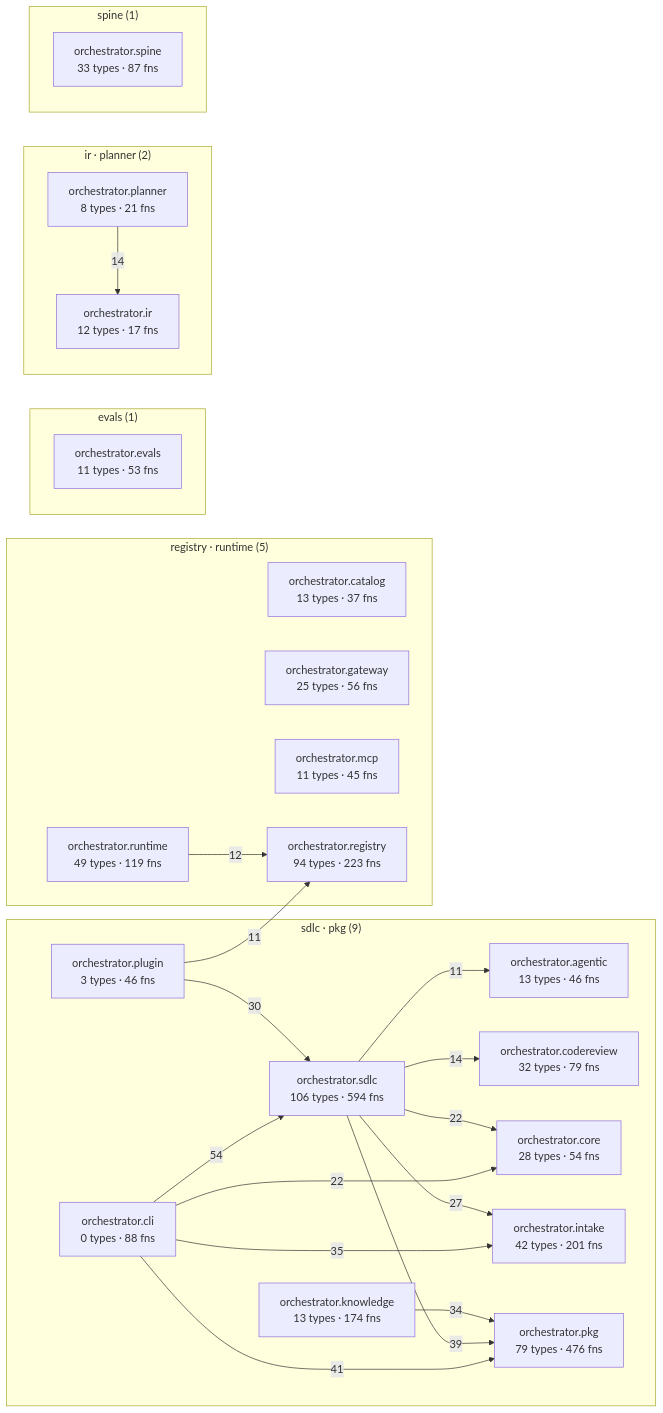
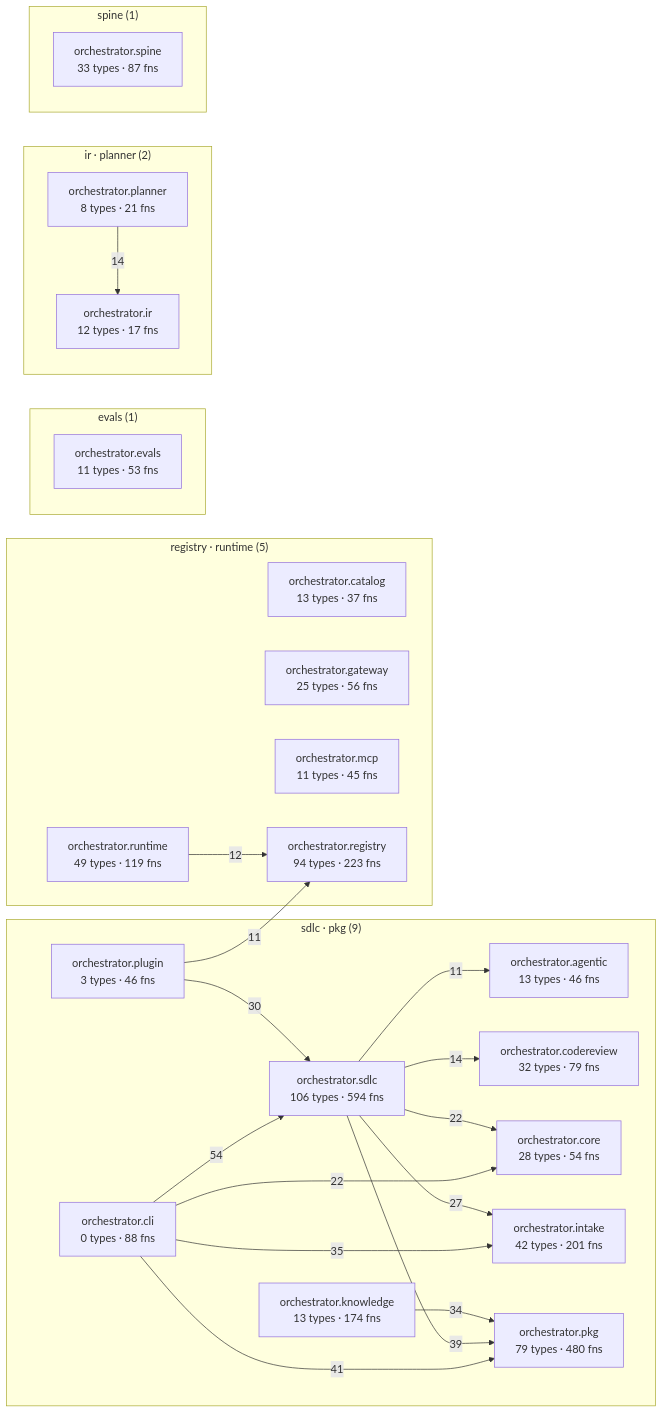
Before and after one commit to synaptixs/spine: the diagram in episteme/architecture.md, drawn with Mermaid. The commit also changed other lines of this file and 7 other files, not shown here.

````diff
--- a/episteme/architecture.md
+++ b/episteme/architecture.md
@@ -54,45 +54,45 @@
 ```mermaid
 flowchart LR
   subgraph c_1["sdlc · pkg (9)"]
     aorchestratoragentic["orchestrator.agentic<br/>13 types · 46 fns"]
     aorchestratorcli["orchestrator.cli<br/>0 types · 88 fns"]
     aorchestratorcodereview["orchestrator.codereview<br/>32 types · 79 fns"]
     aorchestratorcore["orchestrator.core<br/>28 types · 54 fns"]
     aorchestratorintake["orchestrator.intake<br/>42 types · 201 fns"]
     aorchestratorknowledge["orchestrator.knowledge<br/>13 types · 174 fns"]
-    aorchestratorpkg["orchestrator.pkg<br/>79 types · 476 fns"]
+    aorchestratorpkg["orchestrator.pkg<br/>79 types · 480 fns"]
     aorchestratorplugin["orchestrator.plugin<br/>3 types · 46 fns"]
     aorchestratorsdlc["orchestrator.sdlc<br/>106 types · 594 fns"]
   end
   subgraph c_3["registry · runtime (5)"]
     aorchestratorcatalog["orchestrator.catalog<br/>13 types · 37 fns"]
     aorchestratorgateway["orchestrator.gateway<br/>25 types · 56 fns"]
     aorchestratormcp["orchestrator.mcp<br/>11 types · 45 fns"]
     aorchestratorregistry["orchestrator.registry<br/>94 types · 223 fns"]
     aorchestratorruntime["orchestrator.runtime<br/>49 types · 119 fns"]
   end
   subgraph c_5["evals (1)"]
     aorchestratorevals["orchestrator.evals<br/>11 types · 53 fns"]
   end
   subgraph c_7["ir · planner (2)"]
     aorchestratorir["orchestrator.ir<br/>12 types · 17 fns"]
     aorchestratorplanner["orchestrator.planner<br/>8 types · 21 fns"]
   end
   subgraph c_10["spine (1)"]
     aorchestratorspine["orchestrator.spine<br/>33 types · 87 fns"]
   end
   aorchestratorcli -->|54| aorchestratorsdlc
   aorchestratorcli -->|41| aorchestratorpkg
   aorchestratorsdlc -->|39| aorchestratorpkg
   aorchestratorcli -->|35| aorchestratorintake
   aorchestratorknowledge -->|34| aorchestratorpkg
   aorchestratorplugin -->|30| aorchestratorsdlc
   aorchestratorsdlc -->|27| aorchestratorintake
   aorchestratorcli -->|22| aorchestratorcore
   aorchestratorsdlc -->|22| aorchestratorcore
   aorchestratorplanner -->|14| aorchestratorir
   aorchestratorsdlc -->|14| aorchestratorcodereview
   aorchestratorruntime -->|12| aorchestratorregistry
   aorchestratorplugin -->|11| aorchestratorregistry
   aorchestratorsdlc -->|11| aorchestratoragentic
 ```
````
